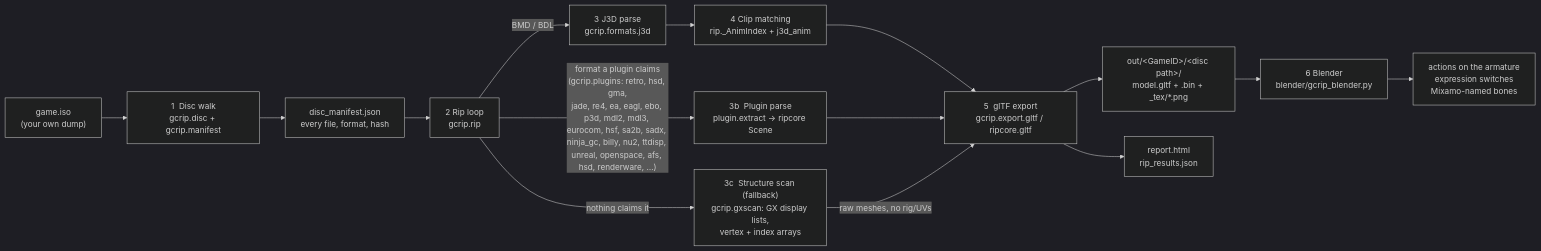
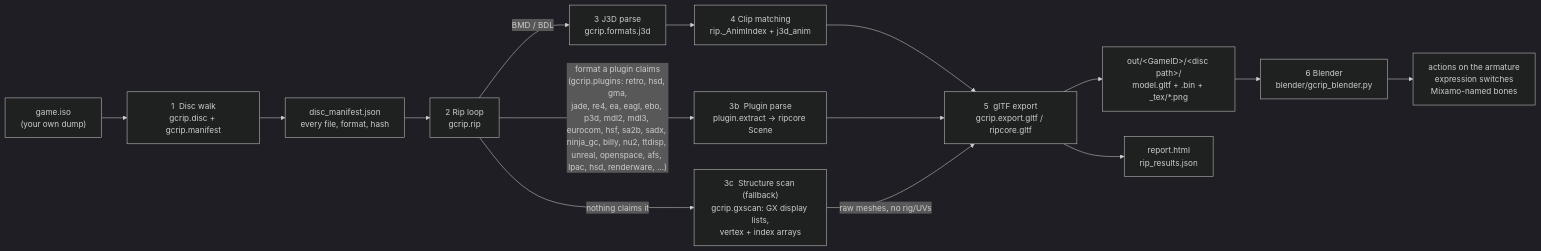
Before and after one commit to Felbs/3d-ripper-9000: the first of 9 diagrams in docs/PIPELINE.md, drawn with Mermaid (dark theme). The commit also changed other lines of this file and 2 other files, not shown here.

Commit message:
docs: TMNT 2 LPAC packs and pack v2 in the ledger, engine map and Konami note
Claude-Session: https://claude.ai/code/session_01Nn5dgr3XQbsu13Q42GiaU3

````diff
--- a/docs/PIPELINE.md
+++ b/docs/PIPELINE.md
@@ -11,17 +11,17 @@
 ```mermaid
 flowchart LR
     ISO["game.iso<br/>(your own dump)"] --> WALK["1  Disc walk<br/>gcrip.disc + gcrip.manifest"]
     WALK --> MAN["disc_manifest.json<br/>every file, format, hash"]
     MAN --> RIP["2  Rip loop<br/>gcrip.rip"]
     RIP -->|"BMD / BDL"| J3D["3  J3D parse<br/>gcrip.formats.j3d"]
-    RIP -->|"format a plugin claims<br/>(gcrip.plugins: retro, hsd, gma,<br/>jade, re4, ea, eagl, ebo, p3d, mdl2, mdl3, eurocom, hsf, sa2b, sadx, ninja_gc, billy, nu2, ttdisp, unreal, openspace, afs, hsd, renderware, …)"| PLUG["3b  Plugin parse<br/>plugin.extract → ripcore Scene"]
+    RIP -->|"format a plugin claims<br/>(gcrip.plugins: retro, hsd, gma,<br/>jade, re4, ea, eagl, ebo, p3d, mdl2, mdl3, eurocom, hsf, sa2b, sadx, ninja_gc, billy, nu2, ttdisp, unreal, openspace, afs, lpac, hsd, renderware, …)"| PLUG["3b  Plugin parse<br/>plugin.extract → ripcore Scene"]
     RIP -->|"nothing claims it"| GX["3c  Structure scan (fallback)<br/>gcrip.gxscan: GX display lists,<br/>vertex + index arrays"]
     J3D --> ANIM["4  Clip matching<br/>rip._AnimIndex + j3d_anim"]
     ANIM --> GLTF["5  glTF export<br/>gcrip.export.gltf / ripcore.gltf"]
     PLUG --> GLTF
     GX -->|"raw meshes, no rig/UVs"| GLTF
     GLTF --> OUT["out/&lt;GameID&gt;/&lt;disc path&gt;/<br/>model.gltf + .bin + _tex/*.png"]
     GLTF --> REP["report.html<br/>rip_results.json"]
     OUT --> BL["6  Blender<br/>blender/gcrip_blender.py"]
     BL --> PLAY["actions on the armature<br/>expression switches<br/>Mixamo-named bones"]
 ```
````
